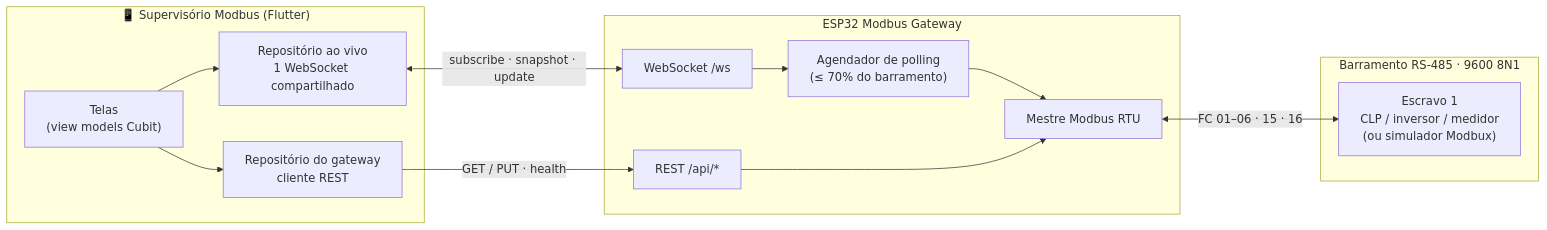
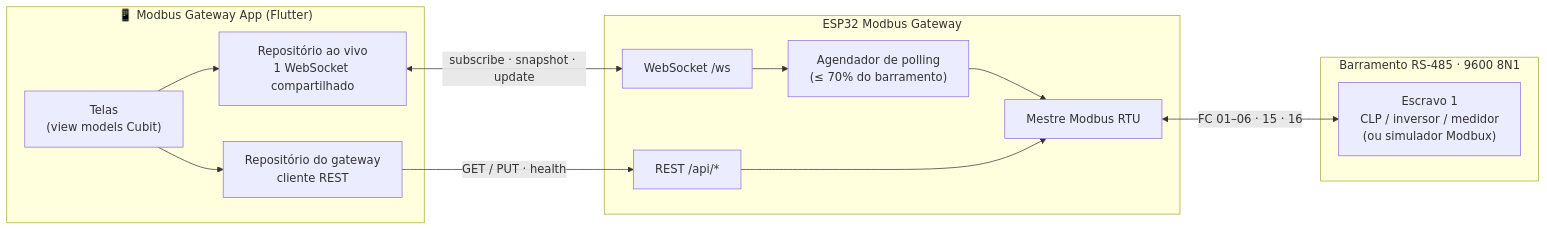
The first of 4 diagrams in README.pt-BR.md (magnurv12/modbus_gateway_app), drawn with Mermaid before and after one commit. The commit also changed other lines of this file and 22 other files, not shown here.

First line of the commit message:
refactor: renomeia o projeto para modbus_gateway_app ("Modbus Gateway")

````diff
--- a/README.pt-BR.md
+++ b/README.pt-BR.md
@@ -91,26 +91,26 @@
 ```mermaid
 flowchart LR
-    subgraph Phone["📱 Supervisório Modbus (Flutter)"]
+    subgraph Phone["📱 Modbus Gateway App (Flutter)"]
         UI["Telas<br/>(view models Cubit)"]
         LIVE["Repositório ao vivo<br/>1 WebSocket compartilhado"]
         REST["Repositório do gateway<br/>cliente REST"]
     end
 
     subgraph ESP["ESP32 Modbus Gateway"]
         API["REST /api/*"]
         WS["WebSocket /ws"]
         SCHED["Agendador de polling<br/>(≤ 70% do barramento)"]
         MASTER["Mestre Modbus RTU"]
     end
 
     subgraph Bus["Barramento RS-485 · 9600 8N1"]
         S1["Escravo 1<br/>CLP / inversor / medidor<br/>(ou simulador Modbux)"]
     end
 
     UI --> LIVE & REST
     LIVE <-- "subscribe · snapshot · update" --> WS
     REST -- "GET / PUT · health" --> API
     WS --> SCHED --> MASTER
     API --> MASTER
     MASTER <-- "FC 01–06 · 15 · 16" --> S1
 ```
````
